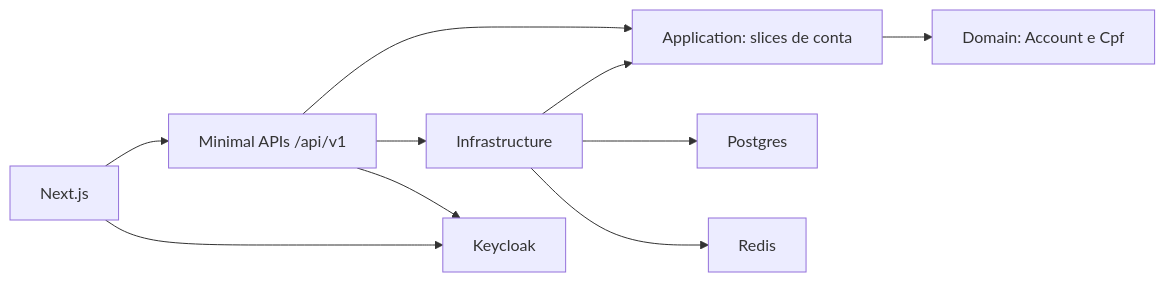
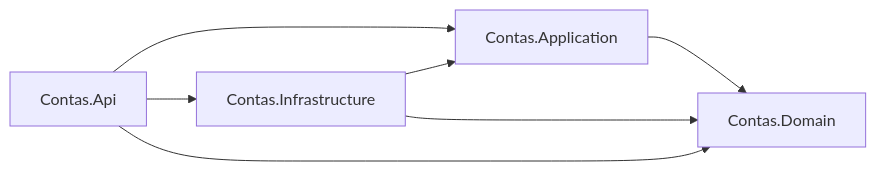
One commit to RodolphoTrinca/contas changed the first of 2 diagrams in docs/arquitetura.md. Above: the diagram before and after it, drawn with Mermaid. The commit also changed other lines of this file and 10 other files, not shown here.

Commit message:
docs(project): simplify guides and diagrams

````diff
--- a/docs/arquitetura.md
+++ b/docs/arquitetura.md
@@ -5,12 +20,9 @@
 ```mermaid
 flowchart LR
-    Web["Next.js"] --> Api["Minimal APIs /api/v1"]
-    Api --> App["Application: slices de conta"]
-    App --> Dom["Domain: Account e Cpf"]
-    Api --> Infra["Infrastructure"]
+    Api[Contas.Api] --> App[Contas.Application]
+    Api --> Infra[Contas.Infrastructure]
+    Api --> Domain[Contas.Domain]
     Infra --> App
-    Infra --> Postgres
-    Infra --> Redis
-    Web --> Keycloak
-    Api --> Keycloak
+    Infra --> Domain
+    App --> Domain
 ```
````
